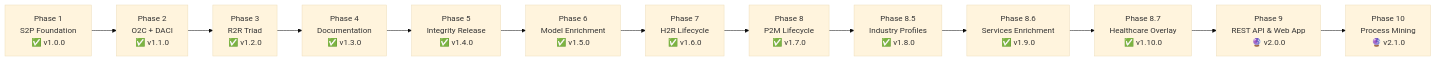
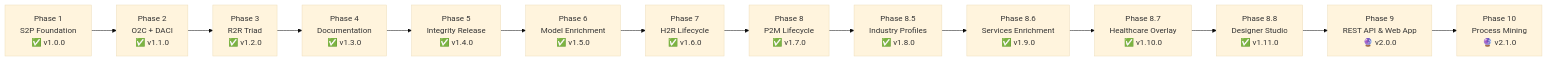
The diagram in ROADMAP.md (GeorgeYinDev/ValueChainModel), drawn with Mermaid (base theme) before and after one commit. The commit also changed other lines of this file and 89 other files, not shown here.

Commit message:
feat(phase8.8): Interactive Lifecycle & Operating Model Designer Studio and CLI Importer (v1.11.0)

````diff
--- a/ROADMAP.md
+++ b/ROADMAP.md
@@ -8,15 +8,16 @@
 ```mermaid
 flowchart LR
   P1["Phase 1<br/>S2P Foundation<br/>✅ v1.0.0"] --> P2["Phase 2<br/>O2C + DACI<br/>✅ v1.1.0"]
   P2 --> P3["Phase 3<br/>R2R Triad<br/>✅ v1.2.0"]
   P3 --> P4["Phase 4<br/>Documentation<br/>✅ v1.3.0"]
   P4 --> P5["Phase 5<br/>Integrity Release<br/>✅ v1.4.0"]
   P5 --> P6["Phase 6<br/>Model Enrichment<br/>✅ v1.5.0"]
   P6 --> P7["Phase 7<br/>H2R Lifecycle<br/>✅ v1.6.0"]
   P7 --> P8["Phase 8<br/>P2M Lifecycle<br/>✅ v1.7.0"]
   P8 --> P85["Phase 8.5<br/>Industry Profiles<br/>✅ v1.8.0"]
   P85 --> P86["Phase 8.6<br/>Services Enrichment<br/>✅ v1.9.0"]
   P86 --> P87["Phase 8.7<br/>Healthcare Overlay<br/>✅ v1.10.0"]
-  P87 --> P9["Phase 9<br/>REST API & Web App<br/>🔮 v2.0.0"]
+  P87 --> P88["Phase 8.8<br/>Designer Studio<br/>✅ v1.11.0"]
+  P88 --> P9["Phase 9<br/>REST API & Web App<br/>🔮 v2.0.0"]
   P9 --> P10["Phase 10<br/>Process Mining<br/>🔮 v2.1.0"]
 ```
````
